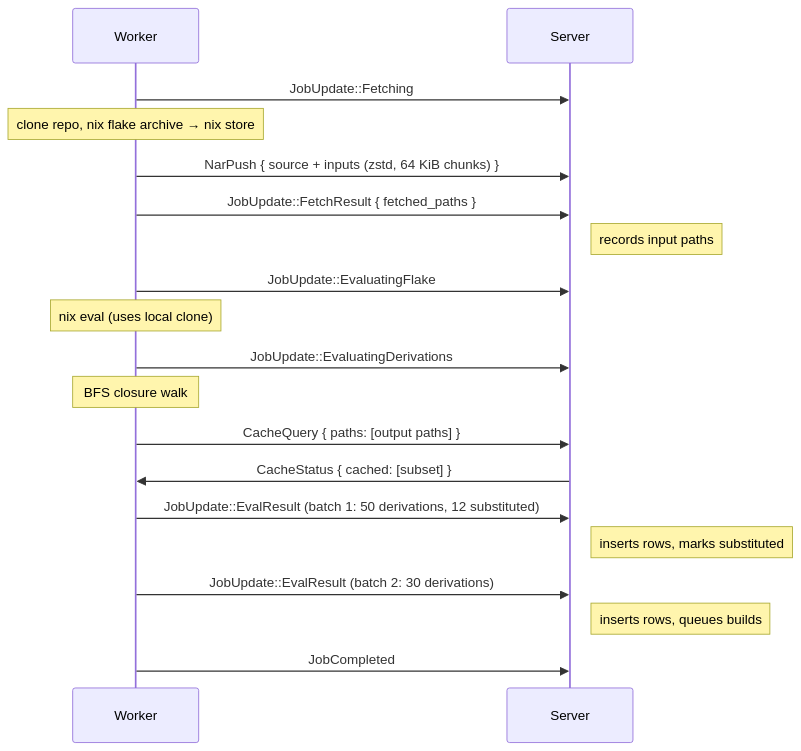
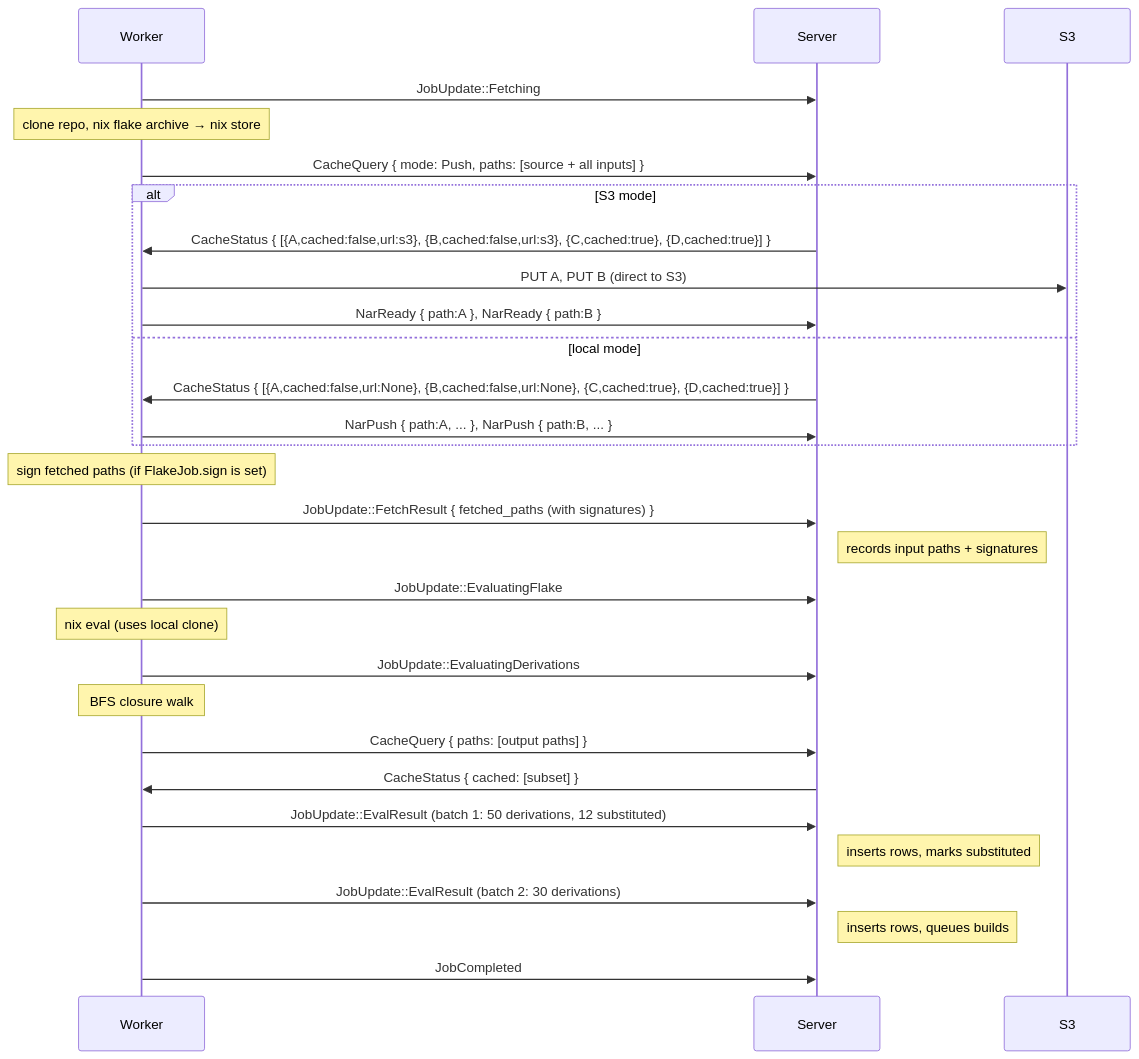
One commit to wavelens/gradient changed diagram 12 of 23 in docs/src/development/proto.md. Above: the diagram before and after it, drawn with Mermaid. The commit also changed other lines of this file and 28 other files, not shown here.

Commit message:
backend: add CachedQuery Mode

````diff
--- a/docs/src/development/proto.md
+++ b/docs/src/development/proto.md
@@ -499,22 +534,31 @@
 ```mermaid
 sequenceDiagram
     participant W as Worker
     participant S as Server
 
     W->>S: JobUpdate::Fetching
     Note over W: clone repo, nix flake archive → nix store
-    W->>S: NarPush { source + inputs (zstd, 64 KiB chunks) }
-    W->>S: JobUpdate::FetchResult { fetched_paths }
-    Note right of S: records input paths
+    W->>S: CacheQuery { mode: Push, paths: [source + all inputs] }
+    alt S3 mode
+        S->>W: CacheStatus { [{A,cached:false,url:s3}, {B,cached:false,url:s3}, {C,cached:true}, {D,cached:true}] }
+        W->>S3: PUT A, PUT B (direct to S3)
+        W->>S: NarReady { path:A }, NarReady { path:B }
+    else local mode
+        S->>W: CacheStatus { [{A,cached:false,url:None}, {B,cached:false,url:None}, {C,cached:true}, {D,cached:true}] }
+        W->>S: NarPush { path:A, ... }, NarPush { path:B, ... }
+    end
+    Note over W: sign fetched paths (if FlakeJob.sign is set)
+    W->>S: JobUpdate::FetchResult { fetched_paths (with signatures) }
+    Note right of S: records input paths + signatures
     W->>S: JobUpdate::EvaluatingFlake
     Note over W: nix eval (uses local clone)
     W->>S: JobUpdate::EvaluatingDerivations
     Note over W: BFS closure walk
     W->>S: CacheQuery { paths: [output paths] }
     S->>W: CacheStatus { cached: [subset] }
     W->>S: JobUpdate::EvalResult (batch 1: 50 derivations, 12 substituted)
     Note right of S: inserts rows, marks substituted
     W->>S: JobUpdate::EvalResult (batch 2: 30 derivations)
     Note right of S: inserts rows, queues builds
     W->>S: JobCompleted
 ```
````
